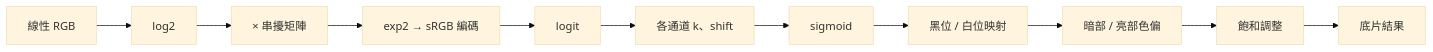
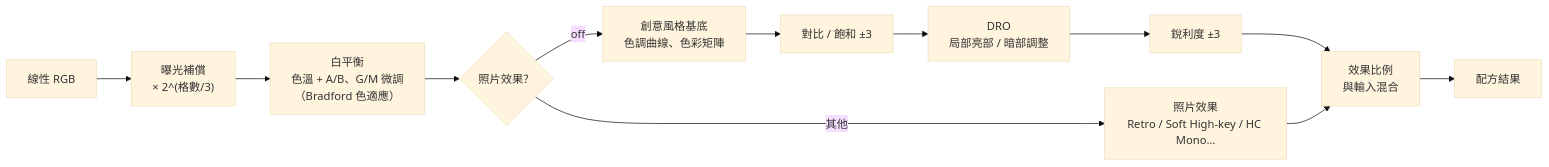
One commit to minexo79/FilmBatch changed diagram 14 of 23 in plan.md. Above: the diagram before and after it, drawn with Mermaid (base theme). The commit also changed other lines of this file and 34 other files, not shown here.

````diff
--- a/plan.md
+++ b/plan.md
@@ -1032,6 +1091,10 @@
 ```mermaid
 flowchart LR
-    A["線性 RGB"] --> B["log2"] --> C["× 串擾矩陣"] --> D["exp2 → sRGB 編碼"]
-    D --> E["logit"] --> F["各通道 k、shift"] --> G["sigmoid"]
-    G --> H["黑位 / 白位映射"] --> I["暗部 / 亮部色偏"] --> J["飽和調整"] --> K["底片結果"]
+    A["線性 RGB"] --> B["曝光補償<br/>× 2^(格數/3)"] --> C["白平衡<br/>色溫 + A/B、G/M 微調<br/>（Bradford 色適應）"]
+    C --> D{"照片效果？"}
+    D -->|"off"| E["創意風格基底<br/>色調曲線、色彩矩陣"] --> F["對比 / 飽和 ±3"] --> G["DRO<br/>局部亮部 / 暗部調整"] --> H["銳利度 ±3"]
+    D -->|"其他"| X["照片效果<br/>Retro / Soft High-key / HC Mono…"]
+    H --> M["效果比例<br/>與輸入混合"]
+    X --> M
+    M --> K["配方結果"]
 ```
````
